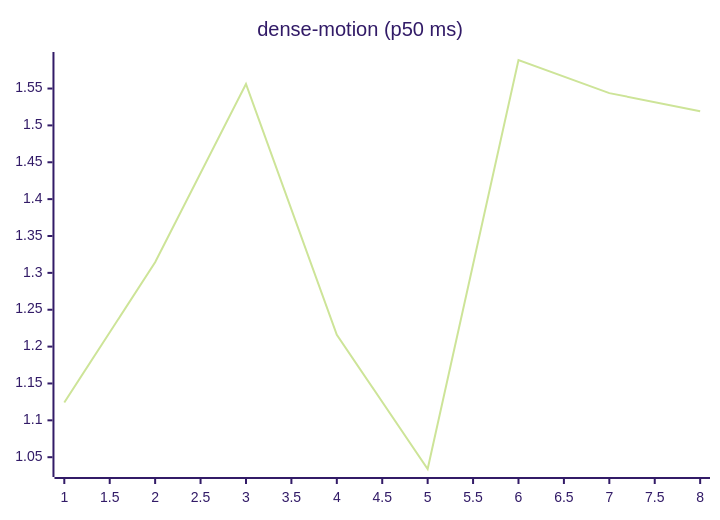
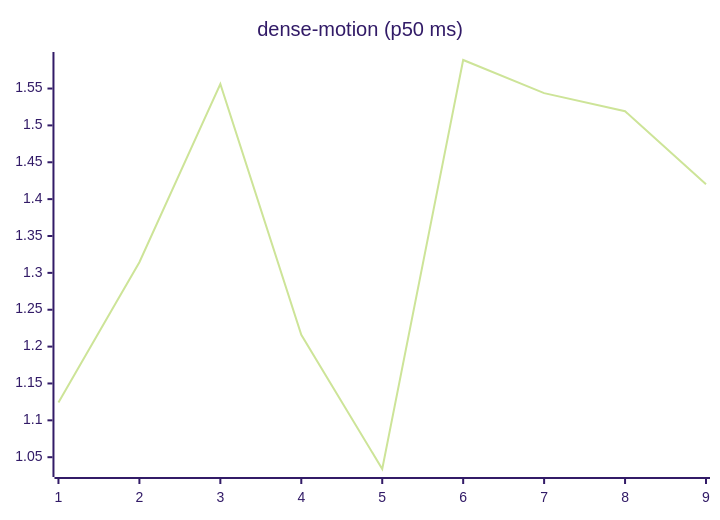
The ninth of 27 diagrams in README.md (josha/Facet), drawn with Mermaid (forest theme) before and after one commit. The commit also changed other lines of this file and 2 other files, not shown here.

````diff
--- a/README.md
+++ b/README.md
@@ -119,6 +119,6 @@
 ```mermaid
 xychart-beta
     title "dense-motion (p50 ms)"
-    x-axis 1 --> 8
-    line [1.1243, 1.3144, 1.5562, 1.2159, 1.0340, 1.5887, 1.5438, 1.5193]
+    x-axis 1 --> 9
+    line [1.1243, 1.3144, 1.5562, 1.2159, 1.0340, 1.5887, 1.5438, 1.5193, 1.4201]
 ```
````
